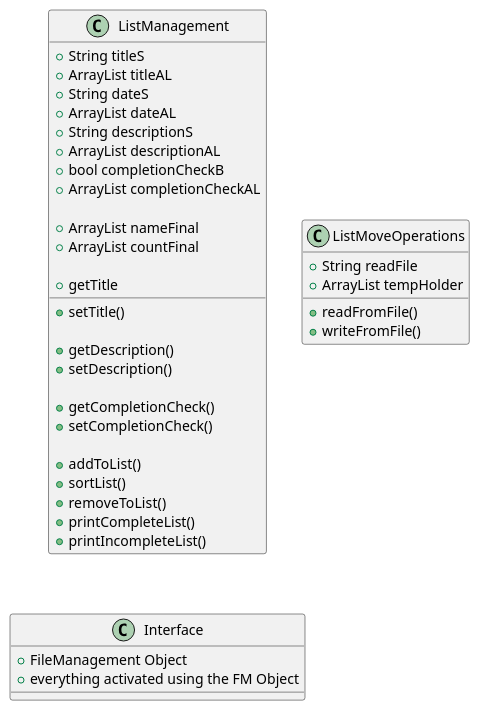
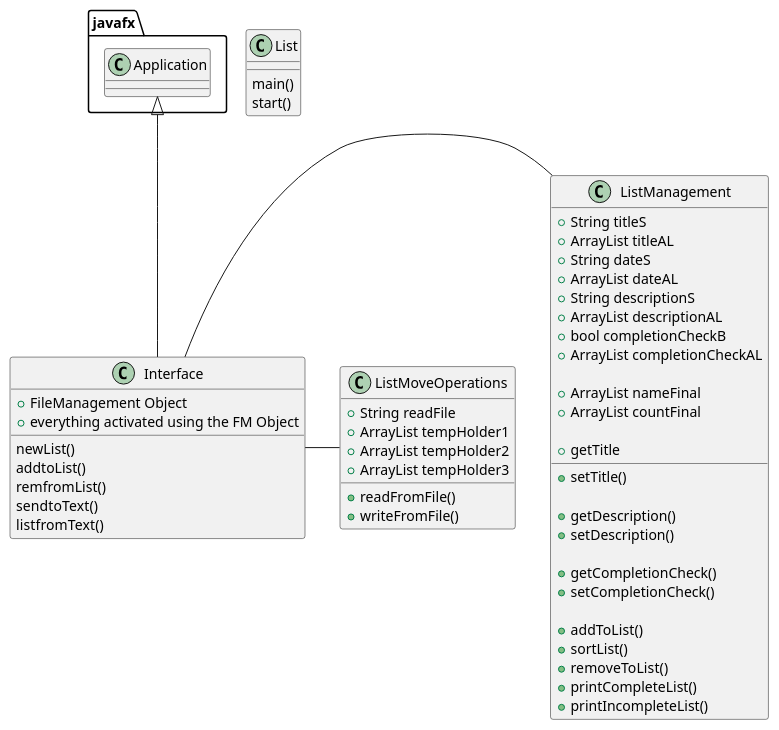
Before and after one commit to agalvezv/galvez-vega-cop3330-assignment4: the diagram in uml/AssignmentFourDiagram.puml, drawn with PlantUML. The commit also changed 5 other files, not shown here.

```diff
--- a/uml/AssignmentFourDiagram.puml
+++ b/uml/AssignmentFourDiagram.puml
@@ -1,49 +1,65 @@
 @startuml
 class ListManagement {
 
 
     +String titleS
     +ArrayList titleAL
     +String dateS
     +ArrayList dateAL
     +String descriptionS
     +ArrayList descriptionAL
     +bool completionCheckB
     +ArrayList completionCheckAL
 
     +ArrayList nameFinal
     +ArrayList countFinal
 
     +getTitle
     +setTitle()
 
     +getDescription()
     +setDescription()
 
     +getCompletionCheck()
     +setCompletionCheck()
 
     +addToList()
     +sortList()
     +removeToList()
     +printCompleteList()
     +printIncompleteList()
 }
 
 class ListMoveOperations {
 
 
     +String readFile
-    +ArrayList tempHolder
+    +ArrayList tempHolder1
+    +ArrayList tempHolder2
+    +ArrayList tempHolder3
 
     +readFromFile()
     +writeFromFile()
 }
 
 class Interface {
 
+    newList()
+    addtoList()
+    remfromList()
+    sendtoText()
+    listfromText()
+
     +FileManagement Object
   +everything activated using the FM Object
 }
 
+class List {
+    main()
+    start()
+}
+
+javafx.Application <|-- Interface
+Interface - ListManagement
+Interface - ListMoveOperations
 @enduml
```
